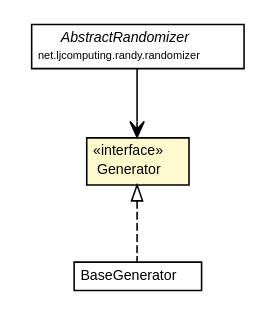
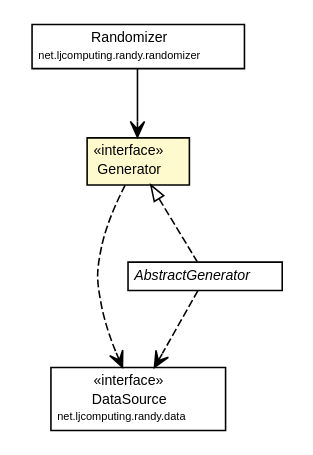
The diagram in docs/javadoc/apidocs/net/ljcomputing/randy/generator/Generator.dot (willmorejg/net.ljcomputing.randy), drawn with Graphviz before and after one commit. The commit also changed 138 other files, not shown here.

```diff
--- a/docs/javadoc/apidocs/net/ljcomputing/randy/generator/Generator.dot
+++ b/docs/javadoc/apidocs/net/ljcomputing/randy/generator/Generator.dot
@@ -1,36 +1,48 @@
 #!/usr/local/bin/dot
 #
 # Class diagram 
 # Generated by UMLGraph version R5_6 (http://www.umlgraph.org/)
 #
 
 digraph G {
 	edge [fontname="Helvetica",fontsize=10,labelfontname="Helvetica",labelfontsize=10];
 	node [fontname="Helvetica",fontsize=10,shape=plaintext];
 	nodesep=0.25;
 	ranksep=0.5;
-	// net.ljcomputing.randy.randomizer.AbstractRandomizer
-	c212 [label=<<table title="net.ljcomputing.randy.randomizer.AbstractRandomizer" border="0" cellborder="1" cellspacing="0" cellpadding="2" port="p" href="../randomizer/AbstractRandomizer.html">
+	// net.ljcomputing.randy.data.DataSource
+	c282 [label=<<table title="net.ljcomputing.randy.data.DataSource" border="0" cellborder="1" cellspacing="0" cellpadding="2" port="p" href="../data/DataSource.html">
 		<tr><td><table border="0" cellspacing="0" cellpadding="1">
-<tr><td align="center" balign="center"><font face="Helvetica-Oblique"> AbstractRandomizer </font></td></tr>
+<tr><td align="center" balign="center"> &#171;interface&#187; </td></tr>
+<tr><td align="center" balign="center"> DataSource </td></tr>
+<tr><td align="center" balign="center"><font point-size="7.0"> net.ljcomputing.randy.data </font></td></tr>
+		</table></td></tr>
+		</table>>, URL="../data/DataSource.html", fontname="Helvetica", fontcolor="black", fontsize=9.0];
+	// net.ljcomputing.randy.randomizer.Randomizer
+	c290 [label=<<table title="net.ljcomputing.randy.randomizer.Randomizer" border="0" cellborder="1" cellspacing="0" cellpadding="2" port="p" href="../randomizer/Randomizer.html">
+		<tr><td><table border="0" cellspacing="0" cellpadding="1">
+<tr><td align="center" balign="center"> Randomizer </td></tr>
 <tr><td align="center" balign="center"><font point-size="7.0"> net.ljcomputing.randy.randomizer </font></td></tr>
 		</table></td></tr>
-		</table>>, URL="../randomizer/AbstractRandomizer.html", fontname="Helvetica", fontcolor="black", fontsize=9.0];
-	// net.ljcomputing.randy.generator.BaseGenerator
-	c214 [label=<<table title="net.ljcomputing.randy.generator.BaseGenerator" border="0" cellborder="1" cellspacing="0" cellpadding="2" port="p" href="./BaseGenerator.html">
+		</table>>, URL="../randomizer/Randomizer.html", fontname="Helvetica", fontcolor="black", fontsize=9.0];
+	// net.ljcomputing.randy.generator.AbstractGenerator
+	c295 [label=<<table title="net.ljcomputing.randy.generator.AbstractGenerator" border="0" cellborder="1" cellspacing="0" cellpadding="2" port="p" href="./AbstractGenerator.html">
 		<tr><td><table border="0" cellspacing="0" cellpadding="1">
-<tr><td align="center" balign="center"> BaseGenerator </td></tr>
+<tr><td align="center" balign="center"><font face="Helvetica-Oblique"> AbstractGenerator </font></td></tr>
 		</table></td></tr>
-		</table>>, URL="./BaseGenerator.html", fontname="Helvetica", fontcolor="black", fontsize=9.0];
+		</table>>, URL="./AbstractGenerator.html", fontname="Helvetica", fontcolor="black", fontsize=9.0];
 	// net.ljcomputing.randy.generator.Generator
-	c215 [label=<<table title="net.ljcomputing.randy.generator.Generator" border="0" cellborder="1" cellspacing="0" cellpadding="2" port="p" bgcolor="lemonChiffon" href="./Generator.html">
+	c296 [label=<<table title="net.ljcomputing.randy.generator.Generator" border="0" cellborder="1" cellspacing="0" cellpadding="2" port="p" bgcolor="lemonChiffon" href="./Generator.html">
 		<tr><td><table border="0" cellspacing="0" cellpadding="1">
 <tr><td align="center" balign="center"> &#171;interface&#187; </td></tr>
 <tr><td align="center" balign="center"> Generator </td></tr>
 		</table></td></tr>
 		</table>>, URL="./Generator.html", fontname="Helvetica", fontcolor="black", fontsize=9.0];
-	//net.ljcomputing.randy.generator.BaseGenerator implements net.ljcomputing.randy.generator.Generator
-	c215:p -> c214:p [dir=back,arrowtail=empty,style=dashed];
-	// net.ljcomputing.randy.randomizer.AbstractRandomizer NAVASSOC net.ljcomputing.randy.generator.Generator
-	c212:p -> c215:p [taillabel="", label="", headlabel="", fontname="Helvetica", fontcolor="black", fontsize=10.0, color="black", arrowhead=open];
+	//net.ljcomputing.randy.generator.AbstractGenerator implements net.ljcomputing.randy.generator.Generator
+	c296:p -> c295:p [dir=back,arrowtail=empty,style=dashed];
+	// net.ljcomputing.randy.randomizer.Randomizer NAVASSOC net.ljcomputing.randy.generator.Generator
+	c290:p -> c296:p [taillabel="", label="", headlabel="", fontname="Helvetica", fontcolor="black", fontsize=10.0, color="black", arrowhead=open];
+	// net.ljcomputing.randy.generator.AbstractGenerator DEPEND net.ljcomputing.randy.data.DataSource
+	c295:p -> c282:p [taillabel="", label="", headlabel="", fontname="Helvetica", fontcolor="black", fontsize=10.0, color="black", arrowhead=open, style=dashed];
+	// net.ljcomputing.randy.generator.Generator DEPEND net.ljcomputing.randy.data.DataSource
+	c296:p -> c282:p [taillabel="", label="", headlabel="", fontname="Helvetica", fontcolor="black", fontsize=10.0, color="black", arrowhead=open, style=dashed];
 }
```
